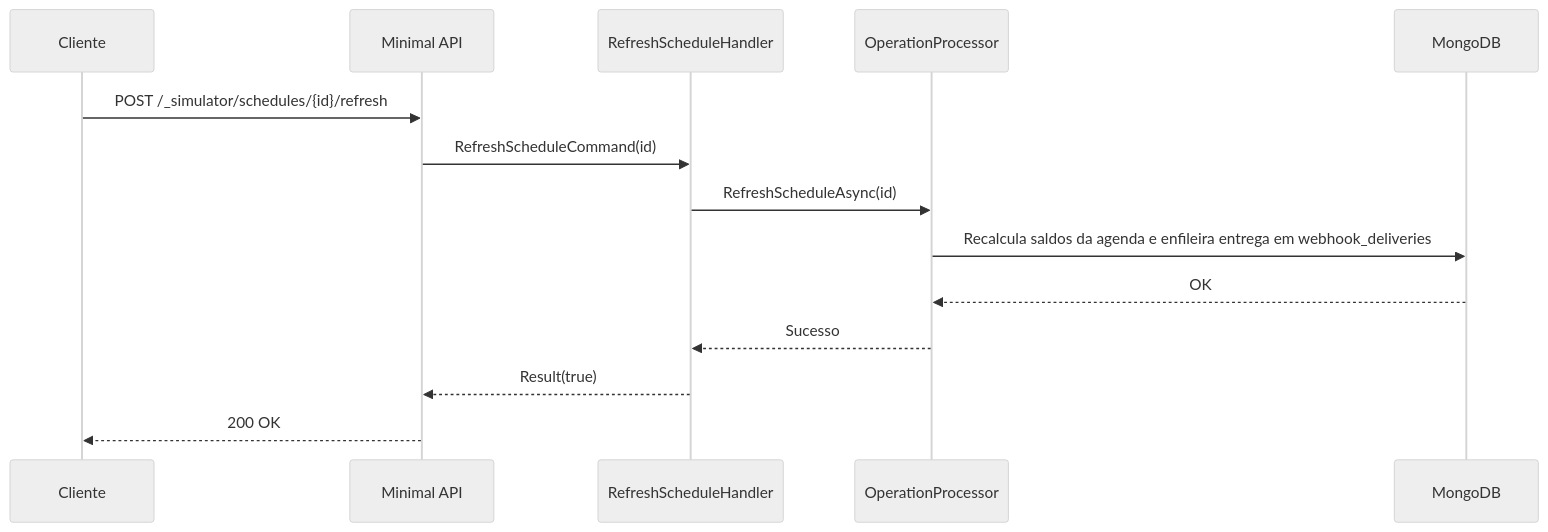
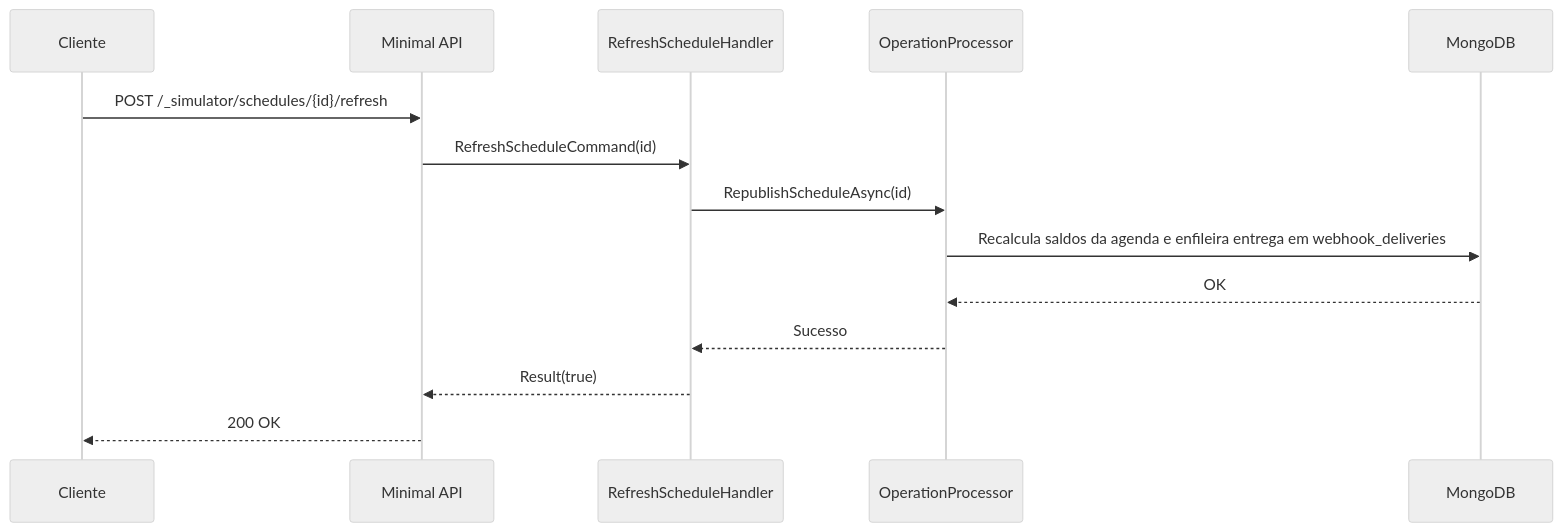
One commit to Marcus-V-Freitas/MVFC.Veragi.Simulator changed the diagram in docs/handlers/RefreshScheduleHandler.md. Above: the diagram before and after it, drawn with Mermaid (neutral theme). The commit also changed other lines of this file and 5 other files, not shown here.

````diff
--- a/docs/handlers/RefreshScheduleHandler.md
+++ b/docs/handlers/RefreshScheduleHandler.md
@@ -23,16 +25,16 @@
 ```mermaid
 sequenceDiagram
     participant C as Cliente
     participant A as Minimal API
     participant H as RefreshScheduleHandler
     participant P as OperationProcessor
     participant M as MongoDB
     C->>A: POST /_simulator/schedules/{id}/refresh
     A->>H: RefreshScheduleCommand(id)
-    H->>P: RefreshScheduleAsync(id)
+    H->>P: RepublishScheduleAsync(id)
     P->>M: Recalcula saldos da agenda e enfileira entrega em webhook_deliveries
     M-->>P: OK
     P-->>H: Sucesso
     H-->>A: Result(true)
     A-->>C: 200 OK
 ```
````
